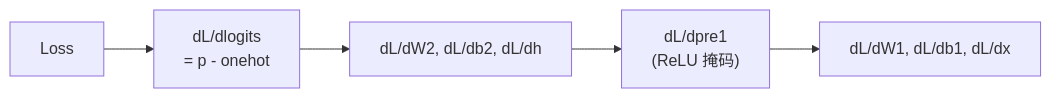
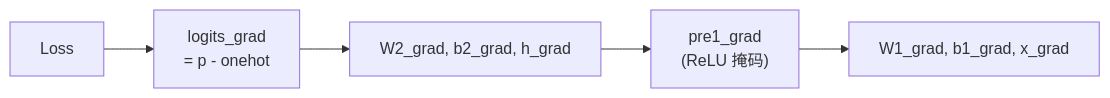
The third of 3 diagrams in 1. LLM基础/6.5 亲手实现反向传播——从 Loss 到每一个 Weight 的梯度.md (AI-learning-simple/Build-Your-Own-LLM), drawn with Mermaid before and after one commit. The commit also changed other lines of this file and 2 other files, not shown here.

````diff
--- a/1. LLM基础/6.5 亲手实现反向传播——从 Loss 到每一个 Weight 的梯度.md
+++ b/1. LLM基础/6.5 亲手实现反向传播——从 Loss 到每一个 Weight 的梯度.md
@@ -193,4 +354,4 @@
 ```mermaid
 flowchart LR
-    A["Loss"] --> B["dL/dlogits<br/>= p - onehot"] --> C["dL/dW2, dL/db2, dL/dh"] --> D["dL/dpre1<br/>(ReLU 掩码)"] --> E["dL/dW1, dL/db1, dL/dx"]
+    A["Loss"] --> B["logits_grad<br/>= p - onehot"] --> C["W2_grad, b2_grad, h_grad"] --> D["pre1_grad<br/>(ReLU 掩码)"] --> E["W1_grad, b1_grad, x_grad"]
 ```
````
